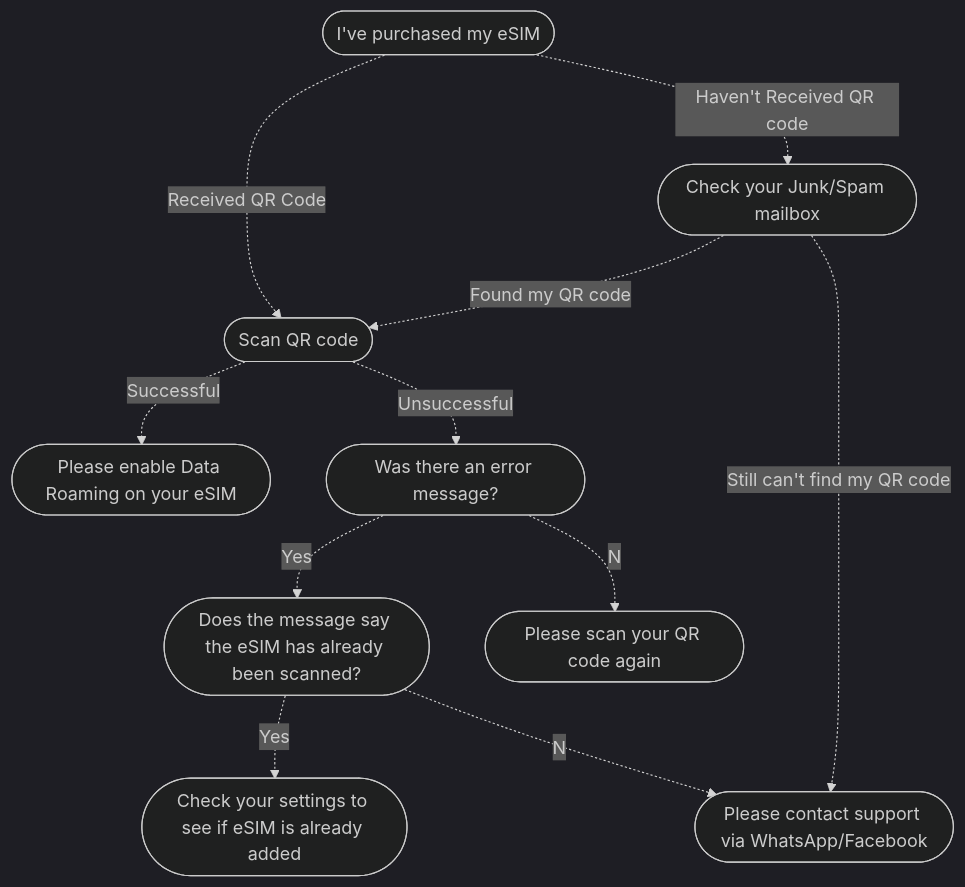
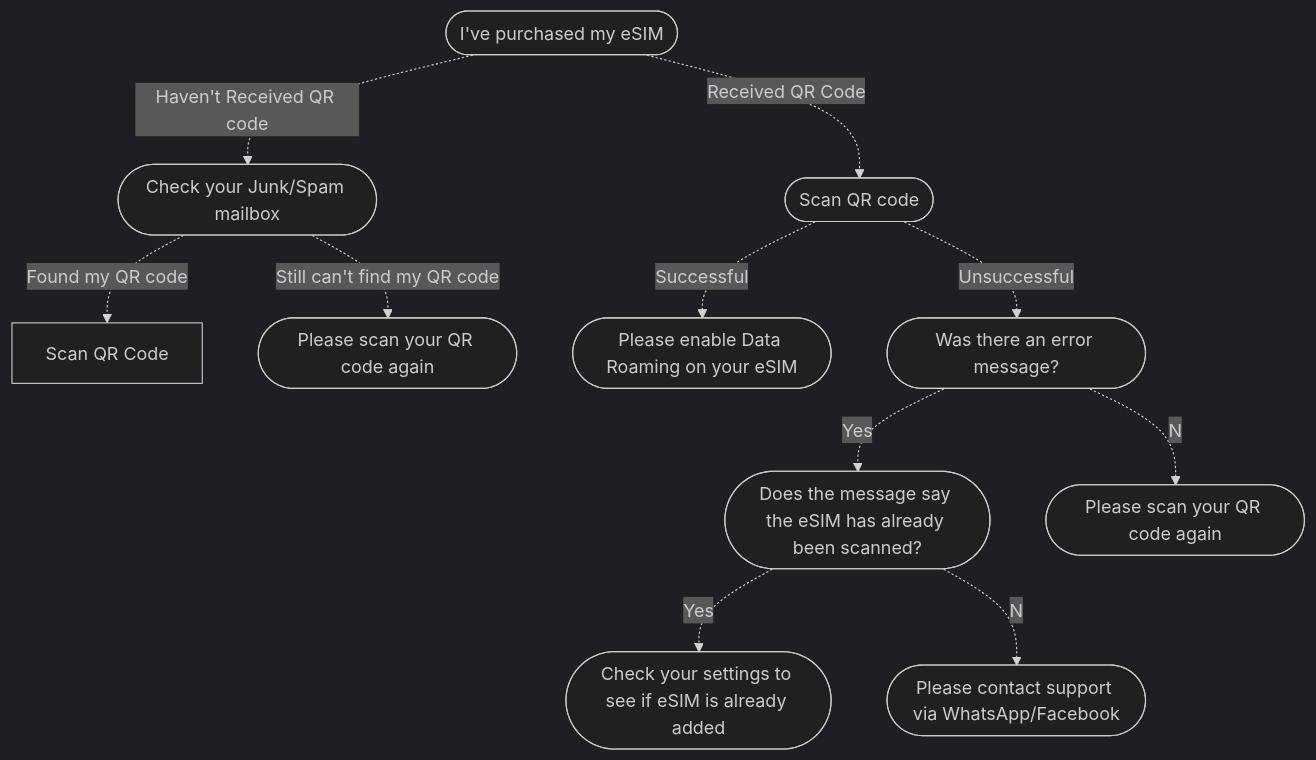
The first of 2 diagrams in docs/Japan.md (northsim/northsim-faq), drawn with Mermaid before and after one commit. The commit also changed other lines of this file, not shown here.

````diff
--- a/docs/Japan.md
+++ b/docs/Japan.md
@@ -262,14 +264,14 @@
 ```mermaid
 %%{init: {'theme':'dark'}}%%
 flowchart TD;
     A([I've purchased my eSIM]) -.Received QR Code.->  B([Scan QR code]);
     A-.Haven't Received QR code.->B1([Check your Junk/Spam mailbox]);
-    B1-.Found my QR code.->B;
-    B1-.Still can't find my QR code.->G;
+    B1-.Found my QR code.->B2[Scan QR Code];
+    B1-.Still can't find my QR code.->G1([Please scan your QR code again]);
     B-.Successful.->C([Please enable Data Roaming on your eSIM]);
     B-.Unsuccessful.->D([Was there an error message?]);
     D-.Yes.->E([Does the message say the eSIM has already been scanned?]);
     E-.Yes.->F([Check your settings to see if eSIM is already added]);
     E-.No.->G([Please contact support via WhatsApp/Facebook]);
     D-.No.->H([Please scan your QR code again]);
 ```
````
